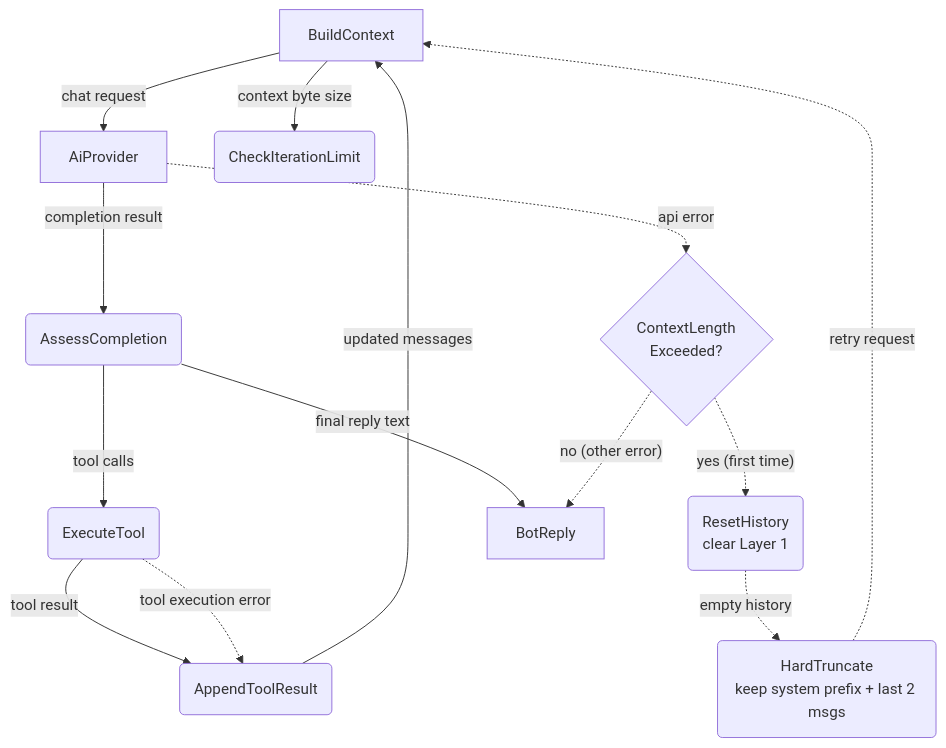
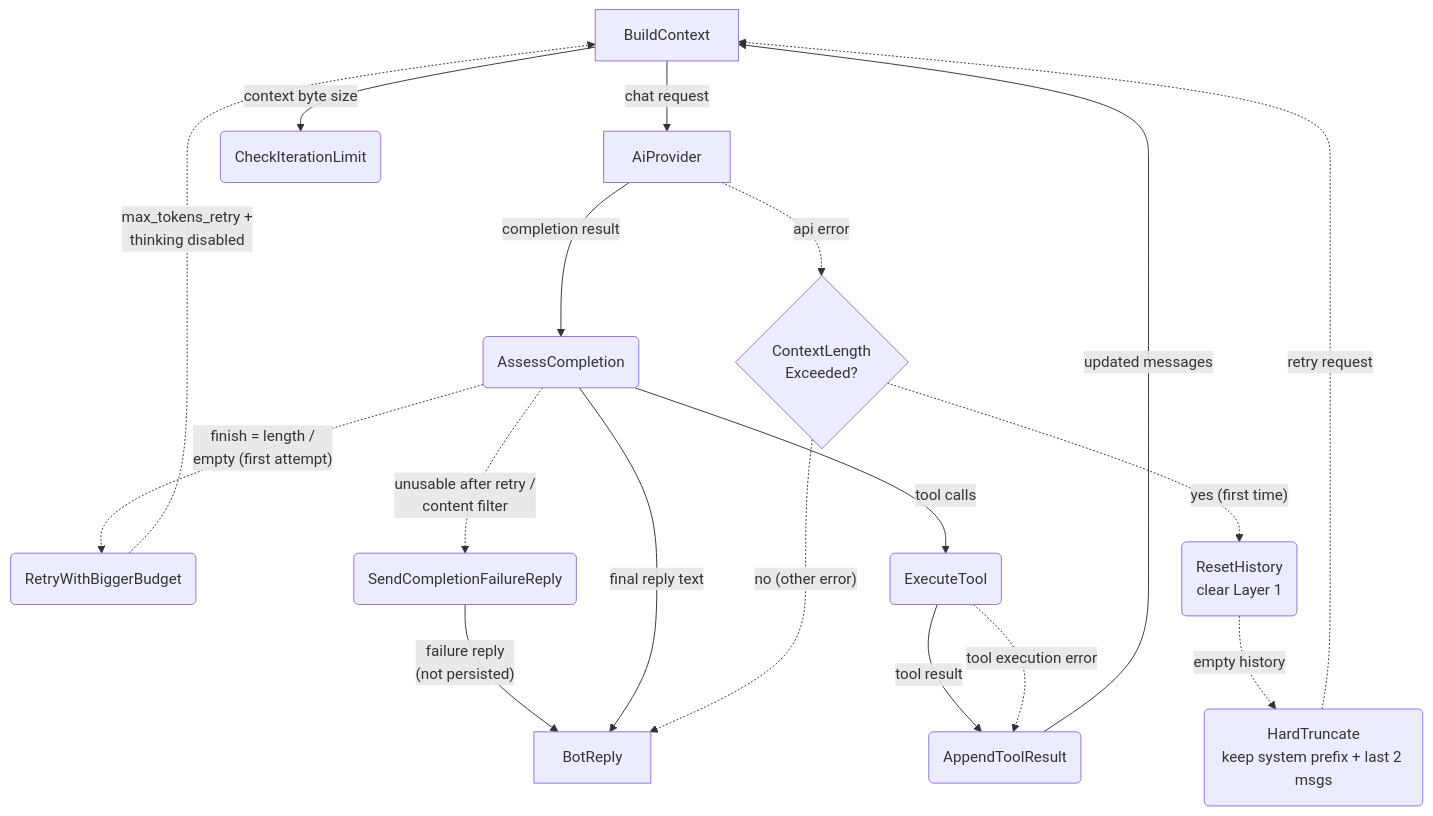
One commit to cosmoswafer/rockbot changed the diagram in _dfd/agent/agent-harness/level-2/agent-loop-deep-dive.md. Above: the diagram before and after it, drawn with Mermaid. The commit also changed other lines of this file and 18 other files, not shown here.

````diff
--- a/_dfd/agent/agent-harness/level-2/agent-loop-deep-dive.md
+++ b/_dfd/agent/agent-harness/level-2/agent-loop-deep-dive.md
@@ -15,27 +18,33 @@
 ```mermaid
 flowchart TD
     CTX[BuildContext]
     AI[AiProvider]
     ASSESS(AssessCompletion)
+    RETRY_BIG(RetryWithBiggerBudget)
+    COMPLETION_FAIL(SendCompletionFailureReply)
     EXEC(ExecuteTool)
     APPEND(AppendToolResult)
     LIMIT(CheckIterationLimit)
     RESET(ResetHistory<br/>clear Layer 1)
     CTX_ERR{ContextLength<br/>Exceeded?}
     REBUILD(HardTruncate<br/>keep system prefix + last 2 msgs)
     REPLY_OUT[BotReply]
 
     CTX -->|"chat request"| AI
     AI -->|"completion result"| ASSESS
+    ASSESS -.->|"finish = length /<br/>empty (first attempt)"| RETRY_BIG
+    RETRY_BIG -.->|"max_tokens_retry +<br/>thinking disabled"| CTX
+    ASSESS -.->|"unusable after retry /<br/>content filter"| COMPLETION_FAIL
+    COMPLETION_FAIL -->|"failure reply<br/>(not persisted)"| REPLY_OUT
     ASSESS -->|"tool calls"| EXEC
     ASSESS -->|"final reply text"| REPLY_OUT
     EXEC -->|"tool result"| APPEND
     APPEND -->|"updated messages"| CTX
     CTX -->|"context byte size"| LIMIT
     EXEC -.->|"tool execution error"| APPEND
     AI -.->|"api error"| CTX_ERR
     CTX_ERR -.->|"yes (first time)"| RESET
     CTX_ERR -.->|"no (other error)"| REPLY_OUT
     RESET -.->|"empty history"| REBUILD
     REBUILD -.->|"retry request"| CTX
 ```
````
